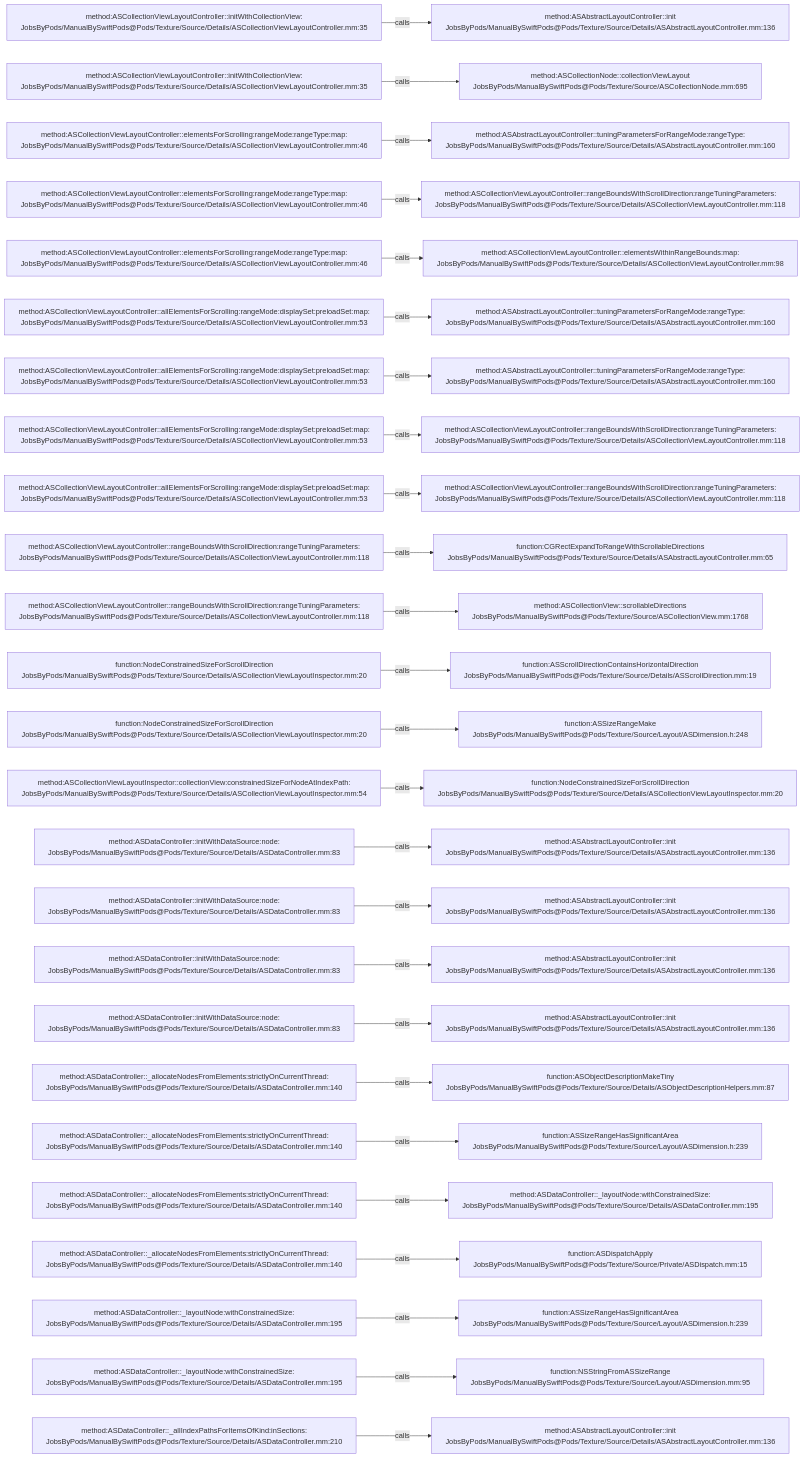
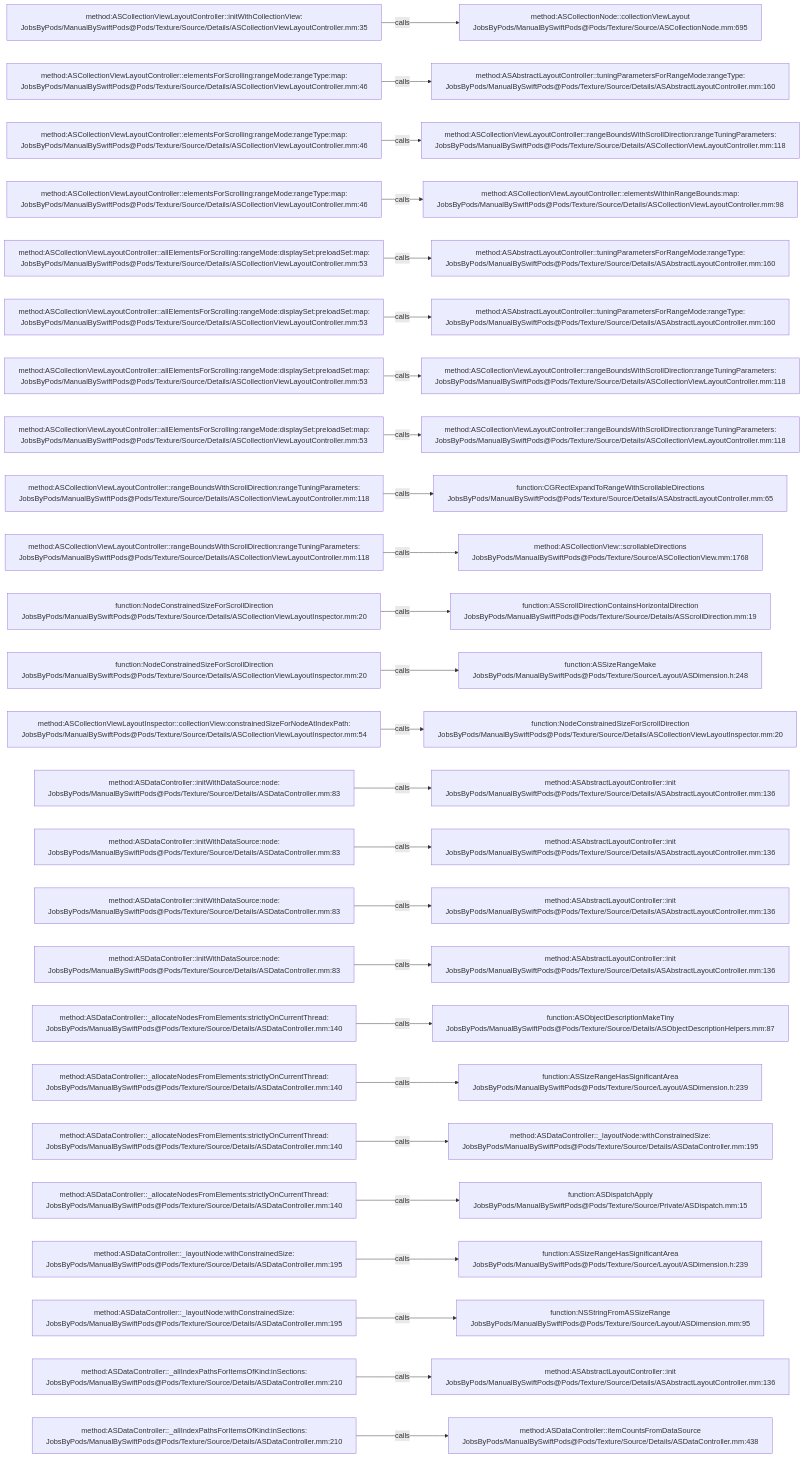
Before and after one commit to JobsKits/JobsSwiftBaseConfigDemo: the diagram in .codegraph/codegraph.md/graphs/calls-084.md, drawn with Mermaid. The commit also changed 747 other files, not shown here.

````diff
--- a/.codegraph/codegraph.md/graphs/calls-084.md
+++ b/.codegraph/codegraph.md/graphs/calls-084.md
@@ -13,78 +13,78 @@
 ```mermaid
 flowchart LR
   S1["method:ASCollectionViewLayoutController::initWithCollectionView:<br/>JobsByPods/ManualBySwiftPods@Pods/Texture/Source/Details/ASCollectionViewLayoutController.mm:35"]
-  T1["method:ASAbstractLayoutController::init<br/>JobsByPods/ManualBySwiftPods@Pods/Texture/Source/Details/ASAbstractLayoutController.mm:136"]
+  T1["method:ASCollectionNode::collectionViewLayout<br/>JobsByPods/ManualBySwiftPods@Pods/Texture/Source/ASCollectionNode.mm:695"]
   S1 -->|calls| T1
-  S2["method:ASCollectionViewLayoutController::initWithCollectionView:<br/>JobsByPods/ManualBySwiftPods@Pods/Texture/Source/Details/ASCollectionViewLayoutController.mm:35"]
-  T2["method:ASCollectionNode::collectionViewLayout<br/>JobsByPods/ManualBySwiftPods@Pods/Texture/Source/ASCollectionNode.mm:695"]
+  S2["method:ASCollectionViewLayoutController::elementsForScrolling:rangeMode:rangeType:map:<br/>JobsByPods/ManualBySwiftPods@Pods/Texture/Source/Details/ASCollectionViewLayoutController.mm:46"]
+  T2["method:ASAbstractLayoutController::tuningParametersForRangeMode:rangeType:<br/>JobsByPods/ManualBySwiftPods@Pods/Texture/Source/Details/ASAbstractLayoutController.mm:160"]
   S2 -->|calls| T2
   S3["method:ASCollectionViewLayoutController::elementsForScrolling:rangeMode:rangeType:map:<br/>JobsByPods/ManualBySwiftPods@Pods/Texture/Source/Details/ASCollectionViewLayoutController.mm:46"]
-  T3["method:ASAbstractLayoutController::tuningParametersForRangeMode:rangeType:<br/>JobsByPods/ManualBySwiftPods@Pods/Texture/Source/Details/ASAbstractLayoutController.mm:160"]
+  T3["method:ASCollectionViewLayoutController::rangeBoundsWithScrollDirection:rangeTuningParameters:<br/>JobsByPods/ManualBySwiftPods@Pods/Texture/Source/Details/ASCollectionViewLayoutController.mm:118"]
   S3 -->|calls| T3
   S4["method:ASCollectionViewLayoutController::elementsForScrolling:rangeMode:rangeType:map:<br/>JobsByPods/ManualBySwiftPods@Pods/Texture/Source/Details/ASCollectionViewLayoutController.mm:46"]
-  T4["method:ASCollectionViewLayoutController::rangeBoundsWithScrollDirection:rangeTuningParameters:<br/>JobsByPods/ManualBySwiftPods@Pods/Texture/Source/Details/ASCollectionViewLayoutController.mm:118"]
+  T4["method:ASCollectionViewLayoutController::elementsWithinRangeBounds:map:<br/>JobsByPods/ManualBySwiftPods@Pods/Texture/Source/Details/ASCollectionViewLayoutController.mm:98"]
   S4 -->|calls| T4
-  S5["method:ASCollectionViewLayoutController::elementsForScrolling:rangeMode:rangeType:map:<br/>JobsByPods/ManualBySwiftPods@Pods/Texture/Source/Details/ASCollectionViewLayoutController.mm:46"]
-  T5["method:ASCollectionViewLayoutController::elementsWithinRangeBounds:map:<br/>JobsByPods/ManualBySwiftPods@Pods/Texture/Source/Details/ASCollectionViewLayoutController.mm:98"]
+  S5["method:ASCollectionViewLayoutController::allElementsForScrolling:rangeMode:displaySet:preloadSet:map:<br/>JobsByPods/ManualBySwiftPods@Pods/Texture/Source/Details/ASCollectionViewLayoutController.mm:53"]
+  T5["method:ASAbstractLayoutController::tuningParametersForRangeMode:rangeType:<br/>JobsByPods/ManualBySwiftPods@Pods/Texture/Source/Details/ASAbstractLayoutController.mm:160"]
   S5 -->|calls| T5
   S6["method:ASCollectionViewLayoutController::allElementsForScrolling:rangeMode:displaySet:preloadSet:map:<br/>JobsByPods/ManualBySwiftPods@Pods/Texture/Source/Details/ASCollectionViewLayoutController.mm:53"]
   T6["method:ASAbstractLayoutController::tuningParametersForRangeMode:rangeType:<br/>JobsByPods/ManualBySwiftPods@Pods/Texture/Source/Details/ASAbstractLayoutController.mm:160"]
   S6 -->|calls| T6
   S7["method:ASCollectionViewLayoutController::allElementsForScrolling:rangeMode:displaySet:preloadSet:map:<br/>JobsByPods/ManualBySwiftPods@Pods/Texture/Source/Details/ASCollectionViewLayoutController.mm:53"]
-  T7["method:ASAbstractLayoutController::tuningParametersForRangeMode:rangeType:<br/>JobsByPods/ManualBySwiftPods@Pods/Texture/Source/Details/ASAbstractLayoutController.mm:160"]
+  T7["method:ASCollectionViewLayoutController::rangeBoundsWithScrollDirection:rangeTuningParameters:<br/>JobsByPods/ManualBySwiftPods@Pods/Texture/Source/Details/ASCollectionViewLayoutController.mm:118"]
   S7 -->|calls| T7
   S8["method:ASCollectionViewLayoutController::allElementsForScrolling:rangeMode:displaySet:preloadSet:map:<br/>JobsByPods/ManualBySwiftPods@Pods/Texture/Source/Details/ASCollectionViewLayoutController.mm:53"]
   T8["method:ASCollectionViewLayoutController::rangeBoundsWithScrollDirection:rangeTuningParameters:<br/>JobsByPods/ManualBySwiftPods@Pods/Texture/Source/Details/ASCollectionViewLayoutController.mm:118"]
   S8 -->|calls| T8
-  S9["method:ASCollectionViewLayoutController::allElementsForScrolling:rangeMode:displaySet:preloadSet:map:<br/>JobsByPods/ManualBySwiftPods@Pods/Texture/Source/Details/ASCollectionViewLayoutController.mm:53"]
-  T9["method:ASCollectionViewLayoutController::rangeBoundsWithScrollDirection:rangeTuningParameters:<br/>JobsByPods/ManualBySwiftPods@Pods/Texture/Source/Details/ASCollectionViewLayoutController.mm:118"]
+  S9["method:ASCollectionViewLayoutController::rangeBoundsWithScrollDirection:rangeTuningParameters:<br/>JobsByPods/ManualBySwiftPods@Pods/Texture/Source/Details/ASCollectionViewLayoutController.mm:118"]
+  T9["function:CGRectExpandToRangeWithScrollableDirections<br/>JobsByPods/ManualBySwiftPods@Pods/Texture/Source/Details/ASAbstractLayoutController.mm:65"]
   S9 -->|calls| T9
   S10["method:ASCollectionViewLayoutController::rangeBoundsWithScrollDirection:rangeTuningParameters:<br/>JobsByPods/ManualBySwiftPods@Pods/Texture/Source/Details/ASCollectionViewLayoutController.mm:118"]
-  T10["function:CGRectExpandToRangeWithScrollableDirections<br/>JobsByPods/ManualBySwiftPods@Pods/Texture/Source/Details/ASAbstractLayoutController.mm:65"]
+  T10["method:ASCollectionView::scrollableDirections<br/>JobsByPods/ManualBySwiftPods@Pods/Texture/Source/ASCollectionView.mm:1768"]
   S10 -->|calls| T10
-  S11["method:ASCollectionViewLayoutController::rangeBoundsWithScrollDirection:rangeTuningParameters:<br/>JobsByPods/ManualBySwiftPods@Pods/Texture/Source/Details/ASCollectionViewLayoutController.mm:118"]
-  T11["method:ASCollectionView::scrollableDirections<br/>JobsByPods/ManualBySwiftPods@Pods/Texture/Source/ASCollectionView.mm:1768"]
+  S11["function:NodeConstrainedSizeForScrollDirection<br/>JobsByPods/ManualBySwiftPods@Pods/Texture/Source/Details/ASCollectionViewLayoutInspector.mm:20"]
+  T11["function:ASScrollDirectionContainsHorizontalDirection<br/>JobsByPods/ManualBySwiftPods@Pods/Texture/Source/Details/ASScrollDirection.mm:19"]
   S11 -->|calls| T11
   S12["function:NodeConstrainedSizeForScrollDirection<br/>JobsByPods/ManualBySwiftPods@Pods/Texture/Source/Details/ASCollectionViewLayoutInspector.mm:20"]
-  T12["function:ASScrollDirectionContainsHorizontalDirection<br/>JobsByPods/ManualBySwiftPods@Pods/Texture/Source/Details/ASScrollDirection.mm:19"]
+  T12["function:ASSizeRangeMake<br/>JobsByPods/ManualBySwiftPods@Pods/Texture/Source/Layout/ASDimension.h:248"]
   S12 -->|calls| T12
-  S13["function:NodeConstrainedSizeForScrollDirection<br/>JobsByPods/ManualBySwiftPods@Pods/Texture/Source/Details/ASCollectionViewLayoutInspector.mm:20"]
-  T13["function:ASSizeRangeMake<br/>JobsByPods/ManualBySwiftPods@Pods/Texture/Source/Layout/ASDimension.h:248"]
+  S13["method:ASCollectionViewLayoutInspector::collectionView:constrainedSizeForNodeAtIndexPath:<br/>JobsByPods/ManualBySwiftPods@Pods/Texture/Source/Details/ASCollectionViewLayoutInspector.mm:54"]
+  T13["function:NodeConstrainedSizeForScrollDirection<br/>JobsByPods/ManualBySwiftPods@Pods/Texture/Source/Details/ASCollectionViewLayoutInspector.mm:20"]
   S13 -->|calls| T13
-  S14["method:ASCollectionViewLayoutInspector::collectionView:constrainedSizeForNodeAtIndexPath:<br/>JobsByPods/ManualBySwiftPods@Pods/Texture/Source/Details/ASCollectionViewLayoutInspector.mm:54"]
-  T14["function:NodeConstrainedSizeForScrollDirection<br/>JobsByPods/ManualBySwiftPods@Pods/Texture/Source/Details/ASCollectionViewLayoutInspector.mm:20"]
+  S14["method:ASDataController::initWithDataSource:node:<br/>JobsByPods/ManualBySwiftPods@Pods/Texture/Source/Details/ASDataController.mm:83"]
+  T14["method:ASAbstractLayoutController::init<br/>JobsByPods/ManualBySwiftPods@Pods/Texture/Source/Details/ASAbstractLayoutController.mm:136"]
   S14 -->|calls| T14
   S15["method:ASDataController::initWithDataSource:node:<br/>JobsByPods/ManualBySwiftPods@Pods/Texture/Source/Details/ASDataController.mm:83"]
   T15["method:ASAbstractLayoutController::init<br/>JobsByPods/ManualBySwiftPods@Pods/Texture/Source/Details/ASAbstractLayoutController.mm:136"]
   S15 -->|calls| T15
   S16["method:ASDataController::initWithDataSource:node:<br/>JobsByPods/ManualBySwiftPods@Pods/Texture/Source/Details/ASDataController.mm:83"]
   T16["method:ASAbstractLayoutController::init<br/>JobsByPods/ManualBySwiftPods@Pods/Texture/Source/Details/ASAbstractLayoutController.mm:136"]
   S16 -->|calls| T16
   S17["method:ASDataController::initWithDataSource:node:<br/>JobsByPods/ManualBySwiftPods@Pods/Texture/Source/Details/ASDataController.mm:83"]
   T17["method:ASAbstractLayoutController::init<br/>JobsByPods/ManualBySwiftPods@Pods/Texture/Source/Details/ASAbstractLayoutController.mm:136"]
   S17 -->|calls| T17
-  S18["method:ASDataController::initWithDataSource:node:<br/>JobsByPods/ManualBySwiftPods@Pods/Texture/Source/Details/ASDataController.mm:83"]
-  T18["method:ASAbstractLayoutController::init<br/>JobsByPods/ManualBySwiftPods@Pods/Texture/Source/Details/ASAbstractLayoutController.mm:136"]
+  S18["method:ASDataController::_allocateNodesFromElements:strictlyOnCurrentThread:<br/>JobsByPods/ManualBySwiftPods@Pods/Texture/Source/Details/ASDataController.mm:140"]
+  T18["function:ASObjectDescriptionMakeTiny<br/>JobsByPods/ManualBySwiftPods@Pods/Texture/Source/Details/ASObjectDescriptionHelpers.mm:87"]
   S18 -->|calls| T18
   S19["method:ASDataController::_allocateNodesFromElements:strictlyOnCurrentThread:<br/>JobsByPods/ManualBySwiftPods@Pods/Texture/Source/Details/ASDataController.mm:140"]
-  T19["function:ASObjectDescriptionMakeTiny<br/>JobsByPods/ManualBySwiftPods@Pods/Texture/Source/Details/ASObjectDescriptionHelpers.mm:87"]
+  T19["function:ASSizeRangeHasSignificantArea<br/>JobsByPods/ManualBySwiftPods@Pods/Texture/Source/Layout/ASDimension.h:239"]
   S19 -->|calls| T19
   S20["method:ASDataController::_allocateNodesFromElements:strictlyOnCurrentThread:<br/>JobsByPods/ManualBySwiftPods@Pods/Texture/Source/Details/ASDataController.mm:140"]
-  T20["function:ASSizeRangeHasSignificantArea<br/>JobsByPods/ManualBySwiftPods@Pods/Texture/Source/Layout/ASDimension.h:239"]
+  T20["method:ASDataController::_layoutNode:withConstrainedSize:<br/>JobsByPods/ManualBySwiftPods@Pods/Texture/Source/Details/ASDataController.mm:195"]
   S20 -->|calls| T20
   S21["method:ASDataController::_allocateNodesFromElements:strictlyOnCurrentThread:<br/>JobsByPods/ManualBySwiftPods@Pods/Texture/Source/Details/ASDataController.mm:140"]
-  T21["method:ASDataController::_layoutNode:withConstrainedSize:<br/>JobsByPods/ManualBySwiftPods@Pods/Texture/Source/Details/ASDataController.mm:195"]
+  T21["function:ASDispatchApply<br/>JobsByPods/ManualBySwiftPods@Pods/Texture/Source/Private/ASDispatch.mm:15"]
   S21 -->|calls| T21
-  S22["method:ASDataController::_allocateNodesFromElements:strictlyOnCurrentThread:<br/>JobsByPods/ManualBySwiftPods@Pods/Texture/Source/Details/ASDataController.mm:140"]
-  T22["function:ASDispatchApply<br/>JobsByPods/ManualBySwiftPods@Pods/Texture/Source/Private/ASDispatch.mm:15"]
+  S22["method:ASDataController::_layoutNode:withConstrainedSize:<br/>JobsByPods/ManualBySwiftPods@Pods/Texture/Source/Details/ASDataController.mm:195"]
+  T22["function:ASSizeRangeHasSignificantArea<br/>JobsByPods/ManualBySwiftPods@Pods/Texture/Source/Layout/ASDimension.h:239"]
   S22 -->|calls| T22
   S23["method:ASDataController::_layoutNode:withConstrainedSize:<br/>JobsByPods/ManualBySwiftPods@Pods/Texture/Source/Details/ASDataController.mm:195"]
-  T23["function:ASSizeRangeHasSignificantArea<br/>JobsByPods/ManualBySwiftPods@Pods/Texture/Source/Layout/ASDimension.h:239"]
+  T23["function:NSStringFromASSizeRange<br/>JobsByPods/ManualBySwiftPods@Pods/Texture/Source/Layout/ASDimension.mm:95"]
   S23 -->|calls| T23
-  S24["method:ASDataController::_layoutNode:withConstrainedSize:<br/>JobsByPods/ManualBySwiftPods@Pods/Texture/Source/Details/ASDataController.mm:195"]
-  T24["function:NSStringFromASSizeRange<br/>JobsByPods/ManualBySwiftPods@Pods/Texture/Source/Layout/ASDimension.mm:95"]
+  S24["method:ASDataController::_allIndexPathsForItemsOfKind:inSections:<br/>JobsByPods/ManualBySwiftPods@Pods/Texture/Source/Details/ASDataController.mm:210"]
+  T24["method:ASAbstractLayoutController::init<br/>JobsByPods/ManualBySwiftPods@Pods/Texture/Source/Details/ASAbstractLayoutController.mm:136"]
   S24 -->|calls| T24
   S25["method:ASDataController::_allIndexPathsForItemsOfKind:inSections:<br/>JobsByPods/ManualBySwiftPods@Pods/Texture/Source/Details/ASDataController.mm:210"]
-  T25["method:ASAbstractLayoutController::init<br/>JobsByPods/ManualBySwiftPods@Pods/Texture/Source/Details/ASAbstractLayoutController.mm:136"]
+  T25["method:ASDataController::itemCountsFromDataSource<br/>JobsByPods/ManualBySwiftPods@Pods/Texture/Source/Details/ASDataController.mm:438"]
   S25 -->|calls| T25
 ```
````
